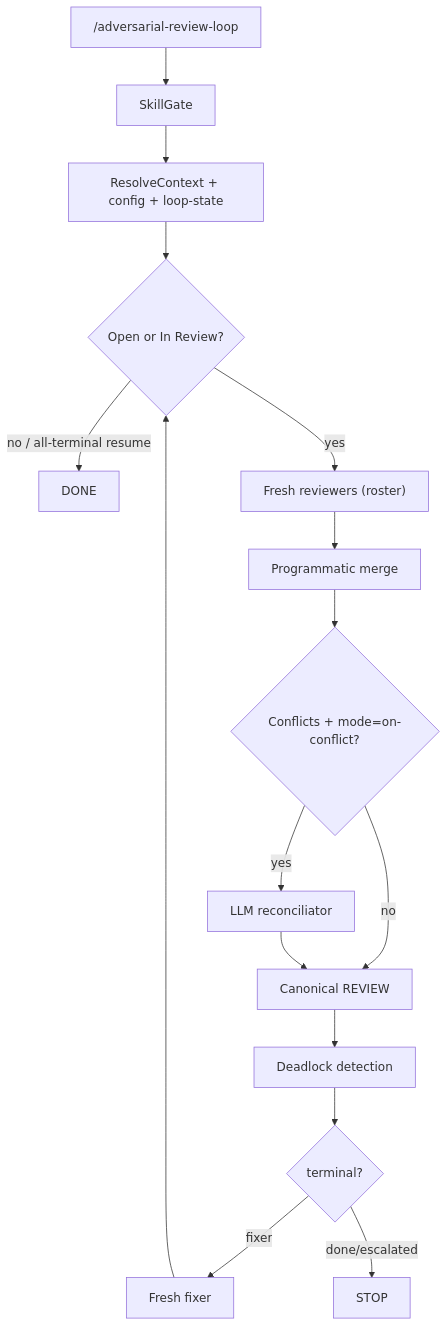
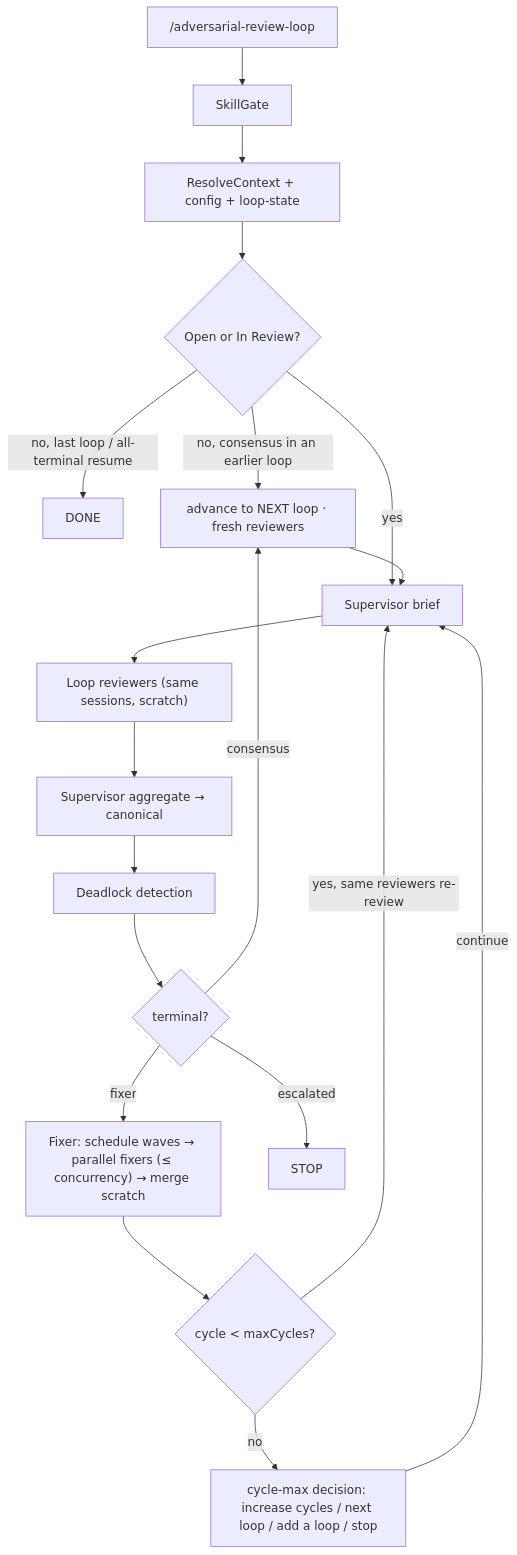
The diagram in pi/adversarial-review-loop/README.md (montflow/montflow), drawn with Mermaid before and after one commit. The commit also changed other lines of this file and 49 other files, not shown here.

First line of the commit message:
feat(adversarial-review-loop)!: rework as loops-cycles with presets

````diff
--- a/pi/adversarial-review-loop/README.md
+++ b/pi/adversarial-review-loop/README.md
@@ -68,18 +185,21 @@
 ```mermaid
 flowchart TD
     A["/adversarial-review-loop"] --> B["SkillGate"]
     B --> C["ResolveContext + config + loop-state"]
     C --> D{"Open or In Review?"}
-    D -->|no / all-terminal resume| Done["DONE"]
-    D -->|yes| E["Fresh reviewers (roster)"]
-    E --> F["Programmatic merge"]
-    F --> G{"Conflicts + mode=on-conflict?"}
-    G -->|yes| H["LLM reconciliator"]
-    G -->|no| I["Canonical REVIEW"]
-    H --> I
-    I --> J["Deadlock detection"]
-    J --> K{"terminal?"}
-    K -->|fixer| L["Fresh fixer"]
-    L --> D
-    K -->|done/escalated| End["STOP"]
+    D -->|no, last loop / all-terminal resume| Done["DONE"]
+    D -->|no, consensus in an earlier loop| L["advance to NEXT loop · fresh reviewers"]
+    D -->|yes| E["Supervisor brief"]
+    E --> F["Loop reviewers (same sessions, scratch)"]
+    F --> G["Supervisor aggregate → canonical"]
+    G --> H["Deadlock detection"]
+    H --> I{"terminal?"}
+    I -->|fixer| J["Fixer: schedule waves → parallel fixers (≤ concurrency) → merge scratch"]
+    J --> K{"cycle < maxCycles?"}
+    K -->|yes, same reviewers re-review| E
+    K -->|no| M["cycle-max decision: increase cycles / next loop / add a loop / stop"]
+    M -->|continue| E
+    I -->|consensus| L
+    I -->|escalated| End["STOP"]
+    L --> E
 ```
````
